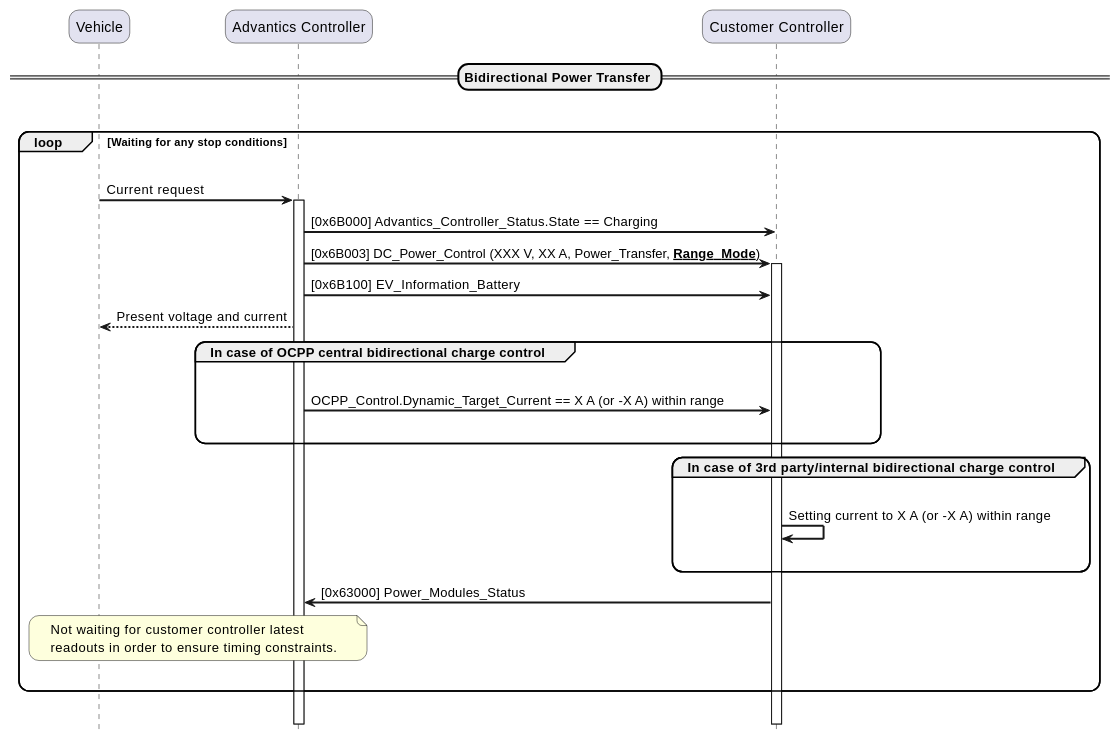
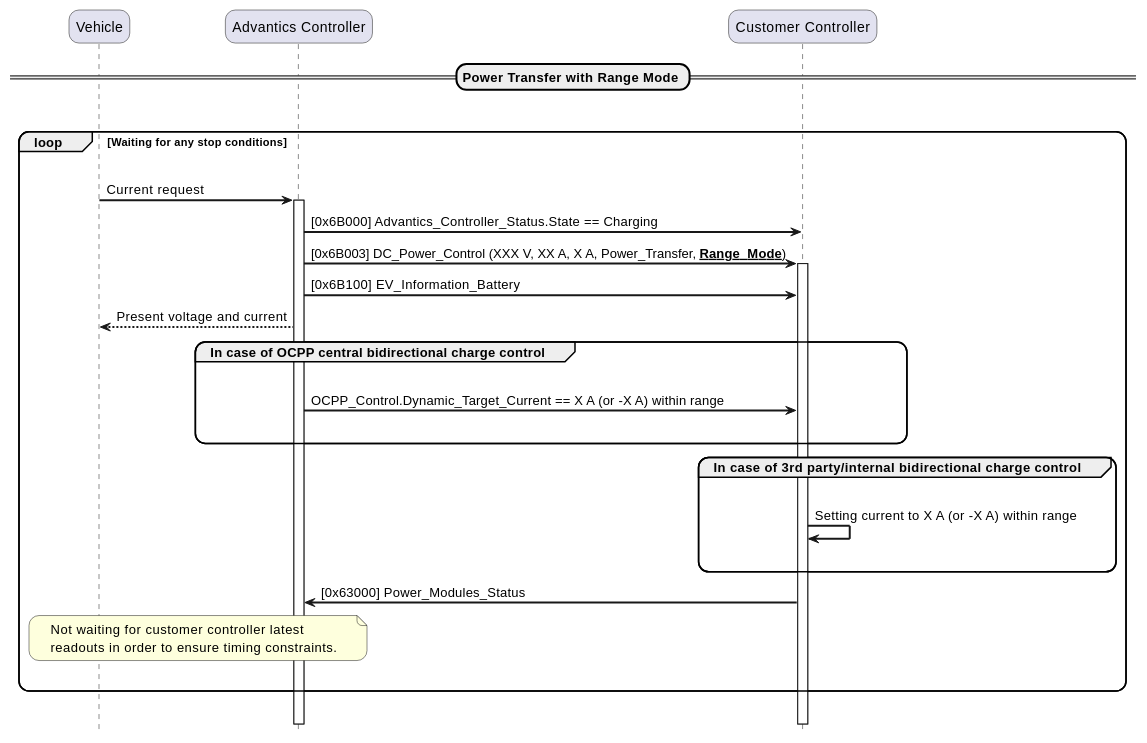
One commit to ADVANTICS/documentation changed the fifth of 6 diagrams in charge-controllers/secc_generic/power_transfer_sequence_diagram.md. Above: the diagram before and after it, drawn with PlantUML. The commit also changed other lines of this file, not shown here.

Commit message:
Fix, use the updated sequences v3 as source for the Power Transfer Sequence Diagram

````diff
--- a/charge-controllers/secc_generic/power_transfer_sequence_diagram.md
+++ b/charge-controllers/secc_generic/power_transfer_sequence_diagram.md
@@ -273,41 +273,41 @@
 ```plantuml
 hide footbox
 skinparam ParticipantPadding 20
 skinparam sequenceArrowThickness 2
 skinparam roundcorner 20
 
 participant "Vehicle" as PEV
 participant "Advantics Controller" as EVSE
 participant "Customer Controller" as Charger
 
-== Bidirectional Power Transfer ==
+== Power Transfer with Range Mode ==
 
 |||
 loop Waiting for any stop conditions
   |||
   PEV -> EVSE: Current request
   activate EVSE
   EVSE -> Charger: [0x6B000] Advantics_Controller_Status.State == Charging
-  EVSE -> Charger: [0x6B003] DC_Power_Control (XXX V, XX A, Power_Transfer, __**Range_Mode**__)
+  EVSE -> Charger: [0x6B003] DC_Power_Control (XXX V, XX A, X A, Power_Transfer, __**Range_Mode**__)
   activate Charger
   EVSE -> Charger: [0x6B100] EV_Information_Battery
   EVSE --> PEV: Present voltage and current
   group In case of OCPP central bidirectional charge control
     |||
     EVSE -> Charger: OCPP_Control.Dynamic_Target_Current == X A (or -X A) within range
     |||
   end group
   group In case of 3rd party/internal bidirectional charge control
     |||
     Charger -> Charger: Setting current to X A (or -X A) within range
     |||
   end group
   Charger -> EVSE: [0x63000] Power_Modules_Status
   note over PEV,EVSE
     Not waiting for customer controller latest
     readouts in order to ensure timing constraints.
   end note
   |||
 end loop
 |||
 ```
````
